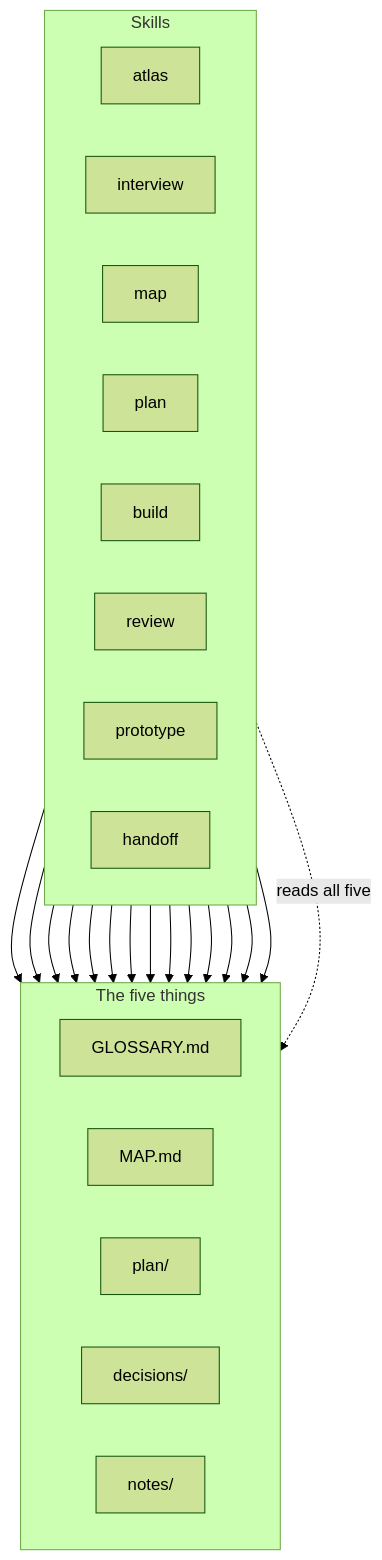
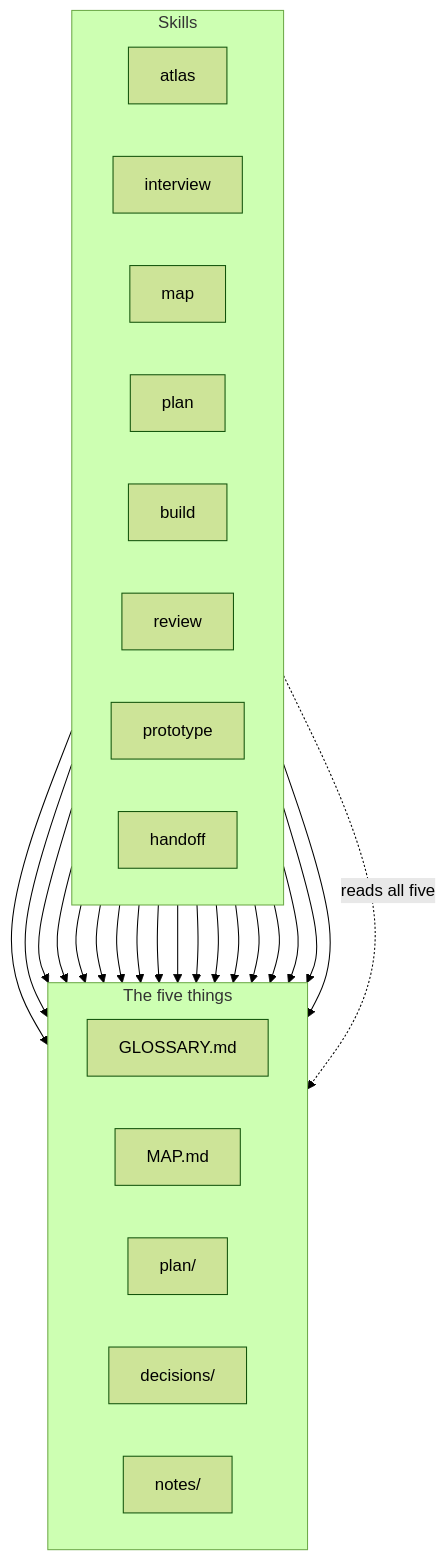
One commit to somethingdarkside1/atlas-skills changed the second of 2 diagrams in README.md. Above: the diagram before and after it, drawn with Mermaid (forest theme). The commit also changed other lines of this file and 31 other files, not shown here.

````diff
--- a/README.md
+++ b/README.md
@@ -77,30 +78,31 @@
 ```mermaid
 flowchart TB
   subgraph skills[Skills]
     direction LR
     atlas
     interview
     map
     plan
     build
     review
     prototype
     handoff
   end
   subgraph things[The five things]
     direction LR
     G[GLOSSARY.md]
     M[MAP.md]
     P[plan/]
     D[decisions/]
     N[notes/]
   end
   interview --> G & M & D & P
   map --> M & G
-  plan --> P
-  build --> P & M
+  plan --> P & M
+  build --> P & M & G & D
   review --> P & M
   prototype --> N & M
   handoff --> N
+  atlas --> M
   atlas -. reads all five .-> things
 ```
````
